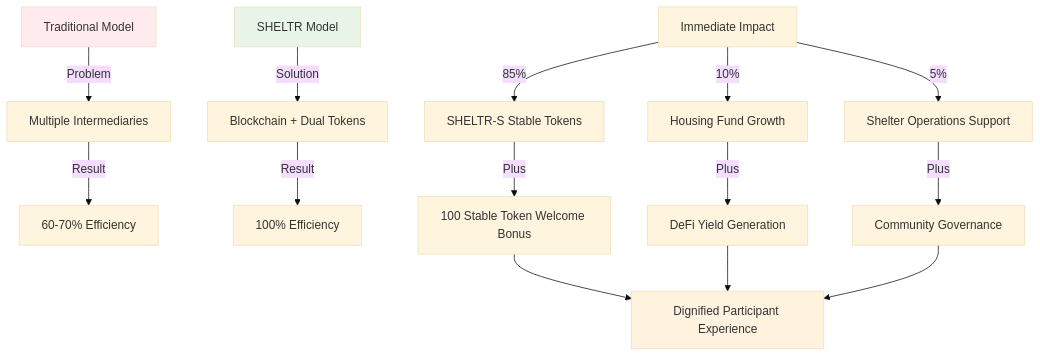
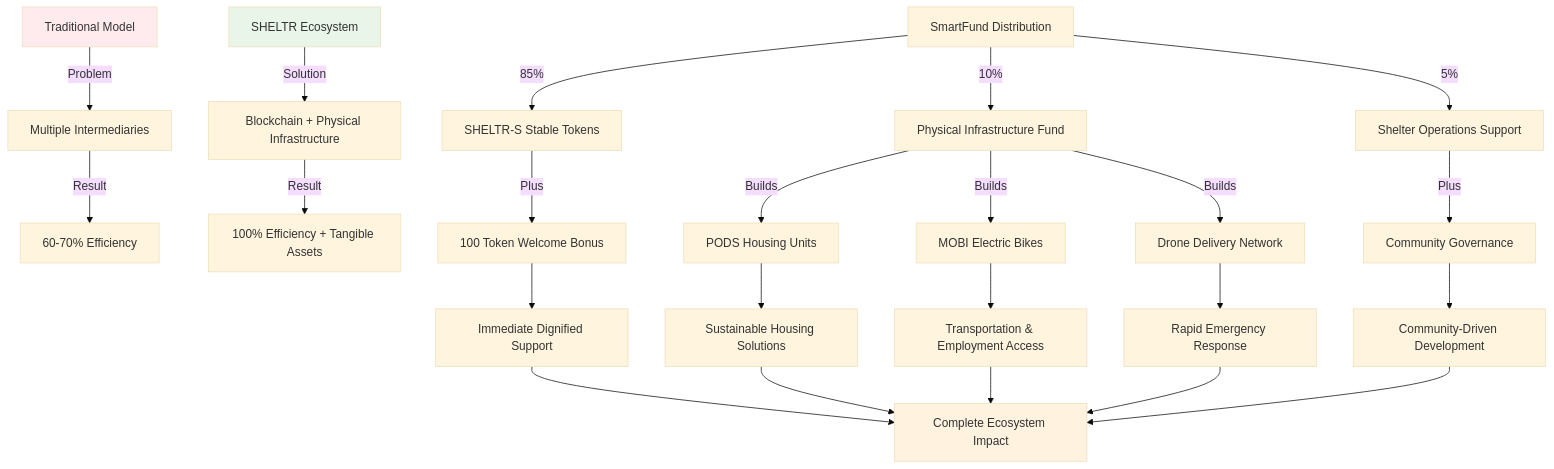
The diagram in docs/01-overview/hacking_homelessness.md (mrj0nesmtl/sheltr-ai), drawn with Mermaid (base theme) before and after one commit. The commit also changed other lines of this file and 37 other files, not shown here.

Commit message:
feat: complete gallery system and ecosystem showcase

````diff
--- a/docs/01-overview/hacking_homelessness.md
+++ b/docs/01-overview/hacking_homelessness.md
@@ -50,24 +62,34 @@
 ```mermaid
 graph TD
     A[Traditional Model] -->|Problem| B[Multiple Intermediaries]
     B -->|Result| C[60-70% Efficiency]
     
-    D[SHELTR Model] -->|Solution| E[Blockchain + Dual Tokens]
-    E -->|Result| F[100% Efficiency]
+    D[SHELTR Ecosystem] -->|Solution| E[Blockchain + Physical Infrastructure]
+    E -->|Result| F[100% Efficiency + Tangible Assets]
     
-    G[Immediate Impact] -->|85%| H[SHELTR-S Stable Tokens]
-    G -->|10%| I[Housing Fund Growth]
+    G[SmartFund Distribution] -->|85%| H[SHELTR-S Stable Tokens]
+    G -->|10%| I[Physical Infrastructure Fund]
     G -->|5%| J[Shelter Operations Support]
     
-    H -->|Plus| K[100 Stable Token Welcome Bonus]
-    I -->|Plus| L[DeFi Yield Generation]
-    J -->|Plus| M[Community Governance]
+    H -->|Plus| K[100 Token Welcome Bonus]
+    I -->|Builds| L[PODS Housing Units]
+    I -->|Builds| M[MOBI Electric Bikes]
+    I -->|Builds| N[Drone Delivery Network]
+    J -->|Plus| O[Community Governance]
     
-    K --> N[Dignified Participant Experience]
-    L --> N
-    M --> N
+    K --> P[Immediate Dignified Support]
+    L --> Q[Sustainable Housing Solutions]
+    M --> R[Transportation & Employment Access]
+    N --> S[Rapid Emergency Response]
+    O --> T[Community-Driven Development]
+    
+    P --> U[Complete Ecosystem Impact]
+    Q --> U
+    R --> U
+    S --> U
+    T --> U
     
     style A fill:#ffebee
     style D fill:#e8f5e8
-    style N fill:#fff3e0
+    style U fill:#fff3e0
 ```
````
